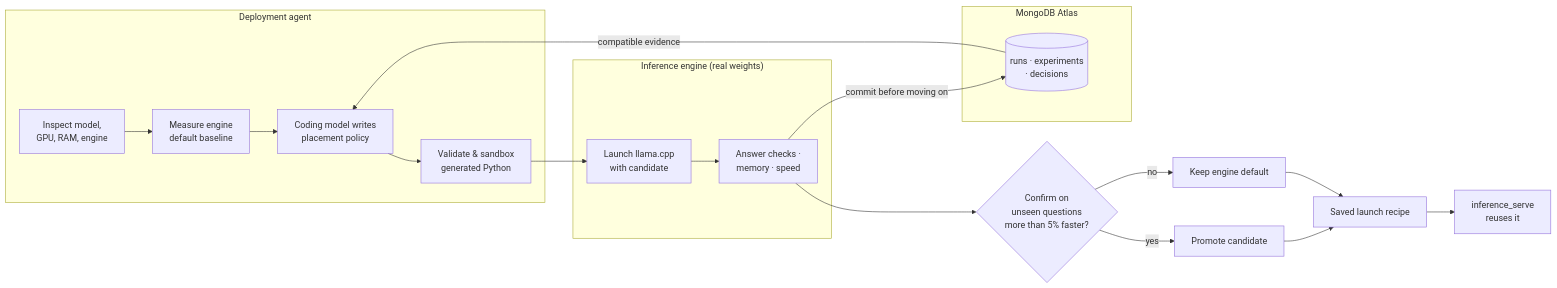
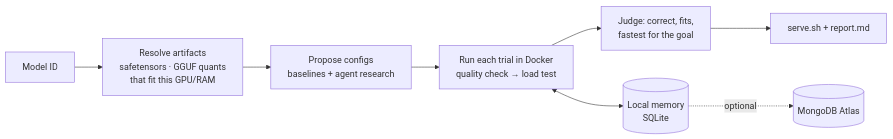
One commit to casualcomputer/atlas-gpu-harness changed the diagram in README.md. Above: the diagram before and after it, drawn with Mermaid. The commit also changed other lines of this file and 25 other files, not shown here.

First line of the commit message:
Add atlas: pick a model, benchmark every engine, keep the best verified config

````diff
--- a/README.md
+++ b/README.md
@@ -69,21 +38,10 @@
 ```mermaid
 flowchart LR
-    subgraph Agent["Deployment agent"]
-      I[Inspect model,<br/>GPU, RAM, engine] --> B[Measure engine<br/>default baseline]
-      B --> P[Coding model writes<br/>placement policy]
-      P --> V[Validate & sandbox<br/>generated Python]
-    end
-    subgraph Engine["Inference engine (real weights)"]
-      V --> R[Launch llama.cpp<br/>with candidate]
-      R --> Q[Answer checks ·<br/>memory · speed]
-    end
-    subgraph Atlas["MongoDB Atlas"]
-      DB[(runs · experiments<br/>· decisions)]
-    end
-    Q -->|commit before moving on| DB
-    DB -->|compatible evidence| P
-    Q --> C{Confirm on<br/>unseen questions<br/>more than 5% faster?}
-    C -->|yes| S[Promote candidate]
-    C -->|no| K[Keep engine default]
-    S & K --> RC[Saved launch recipe] --> SV[inference_serve<br/>reuses it]
+  M[Model ID] --> R[Resolve artifacts<br/>safetensors · GGUF quants<br/>that fit this GPU/RAM]
+  R --> P[Propose configs<br/>baselines + agent research]
+  P --> T[Run each trial in Docker<br/>quality check → load test]
+  T --> J[Judge: correct, fits,<br/>fastest for the goal]
+  J --> S[serve.sh + report.md]
+  T <--> DB[(Local memory<br/>SQLite)]
+  DB -. optional .-> A[(MongoDB Atlas)]
 ```
````
